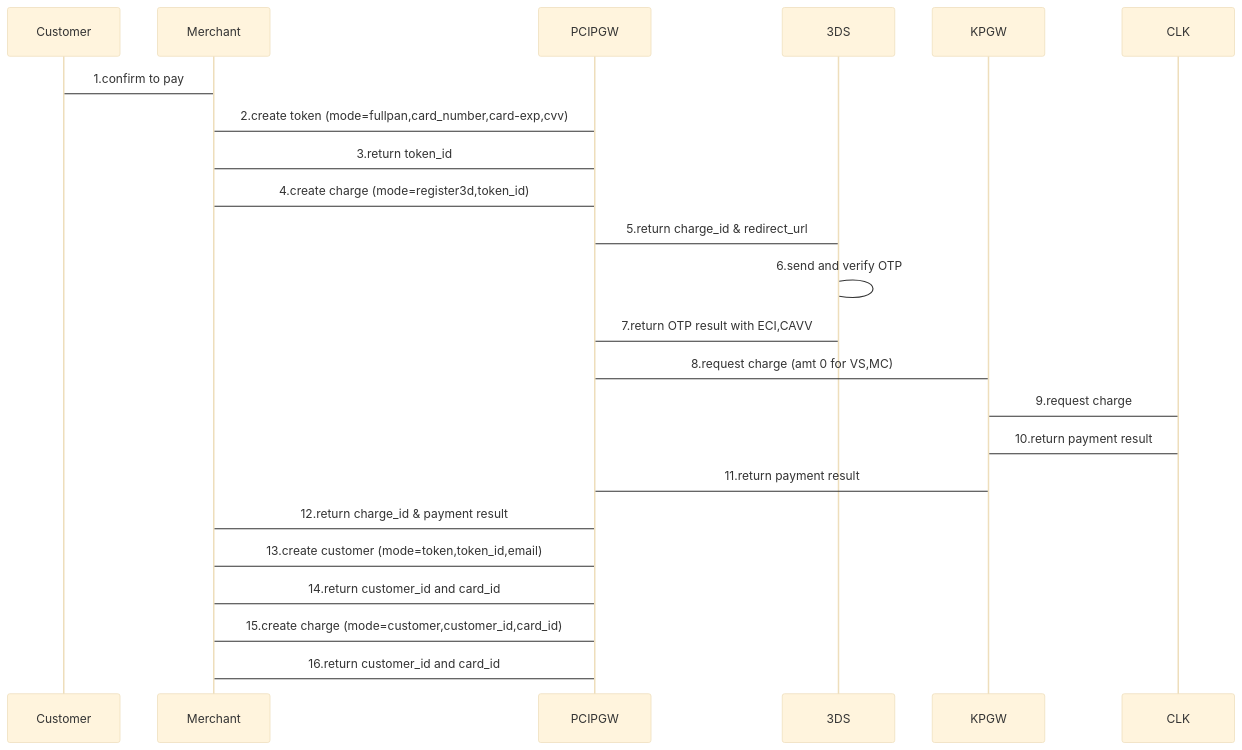
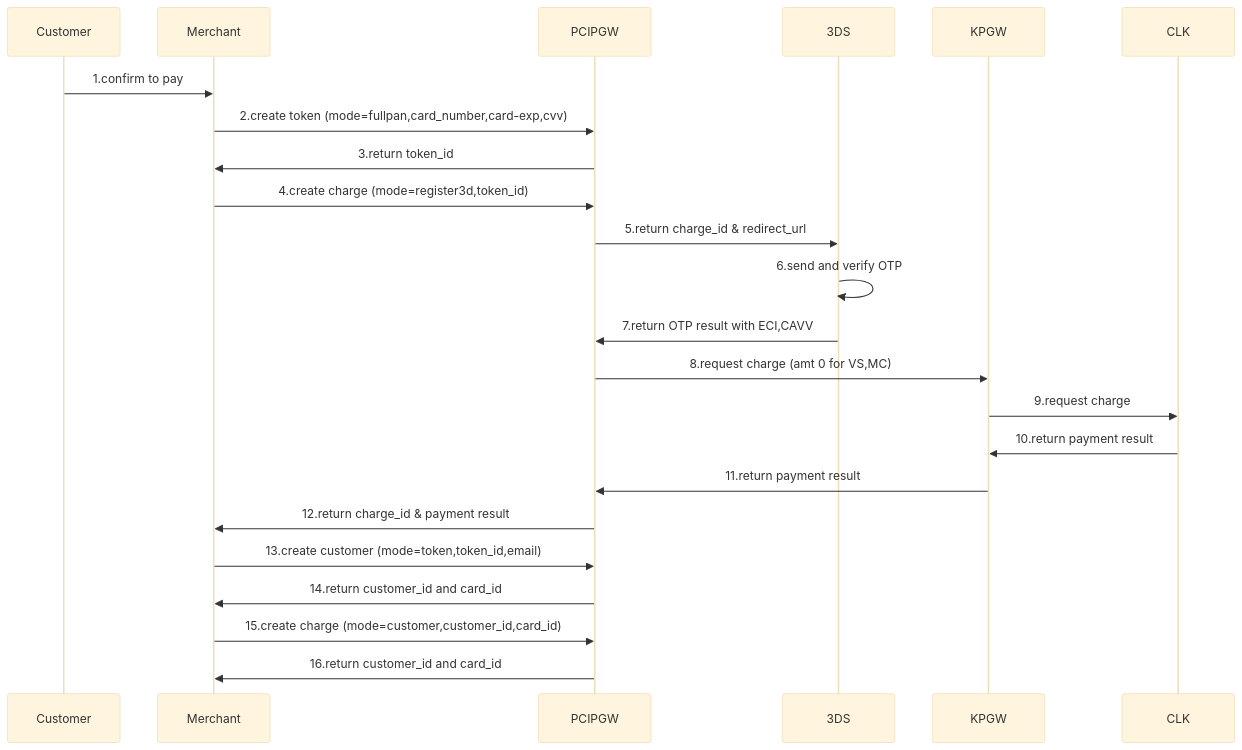
The third of 4 diagrams in Cybs-Ph2-Flow1.md (yuusuke25/MyNotes), drawn with Mermaid (base theme) before and after one commit. The commit also changed other lines of this file, not shown here.

````diff
--- a/Cybs-Ph2-Flow1.md
+++ b/Cybs-Ph2-Flow1.md
@@ -45,21 +45,21 @@
 ```mermaid
     sequenceDiagram
-        Customer->Merchant:1.confirm to pay
-        Merchant->PCIPGW:2.create token (mode=fullpan,card_number,card-exp,cvv)
-        PCIPGW->Merchant:3.return token_id
-        Merchant->PCIPGW:4.create charge (mode=register3d,token_id)
-        PCIPGW->3DS:5.return charge_id & redirect_url
-        3DS->3DS:6.send and verify OTP
-        3DS->PCIPGW:7.return OTP result with ECI,CAVV
-        PCIPGW->KPGW:8.request charge (amt 0 for VS,MC)
-        KPGW->CLK:9.request charge
-        CLK->KPGW:10.return payment result
-        KPGW->PCIPGW:11.return payment result
-        PCIPGW->Merchant:12.return charge_id & payment result
+        Customer->>Merchant:1.confirm to pay
+        Merchant->>PCIPGW:2.create token (mode=fullpan,card_number,card-exp,cvv)
+        PCIPGW->>Merchant:3.return token_id
+        Merchant->>PCIPGW:4.create charge (mode=register3d,token_id)
+        PCIPGW->>3DS:5.return charge_id & redirect_url
+        3DS->>3DS:6.send and verify OTP
+        3DS->>PCIPGW:7.return OTP result with ECI,CAVV
+        PCIPGW->>KPGW:8.request charge (amt 0 for VS,MC)
+        KPGW->>CLK:9.request charge
+        CLK->>KPGW:10.return payment result
+        KPGW->>PCIPGW:11.return payment result
+        PCIPGW->>Merchant:12.return charge_id & payment result
 
-        Merchant->PCIPGW:13.create customer (mode=token,token_id,email)
-        PCIPGW->Merchant:14.return customer_id and card_id
+        Merchant->>PCIPGW:13.create customer (mode=token,token_id,email)
+        PCIPGW->>Merchant:14.return customer_id and card_id
 
-        Merchant->PCIPGW:15.create charge (mode=customer,customer_id,card_id)
-        PCIPGW->Merchant:16.return customer_id and card_id
+        Merchant->>PCIPGW:15.create charge (mode=customer,customer_id,card_id)
+        PCIPGW->>Merchant:16.return customer_id and card_id
 ```
````
